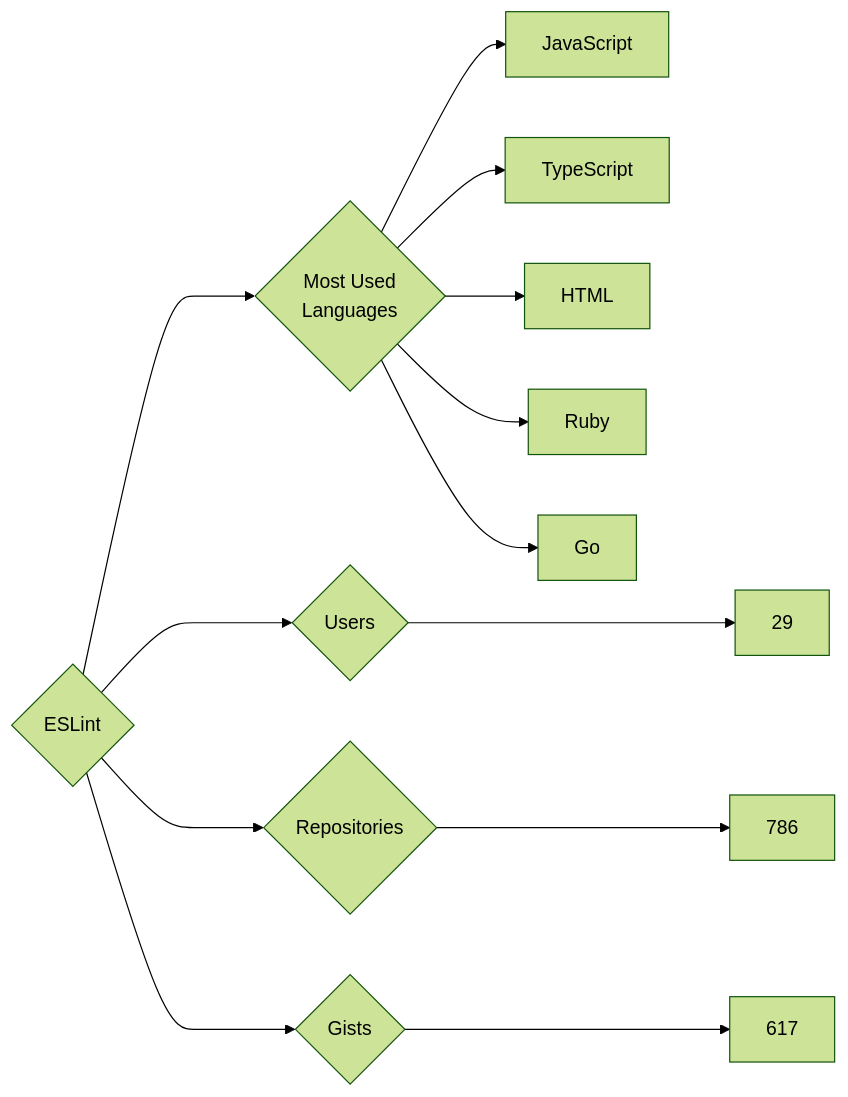
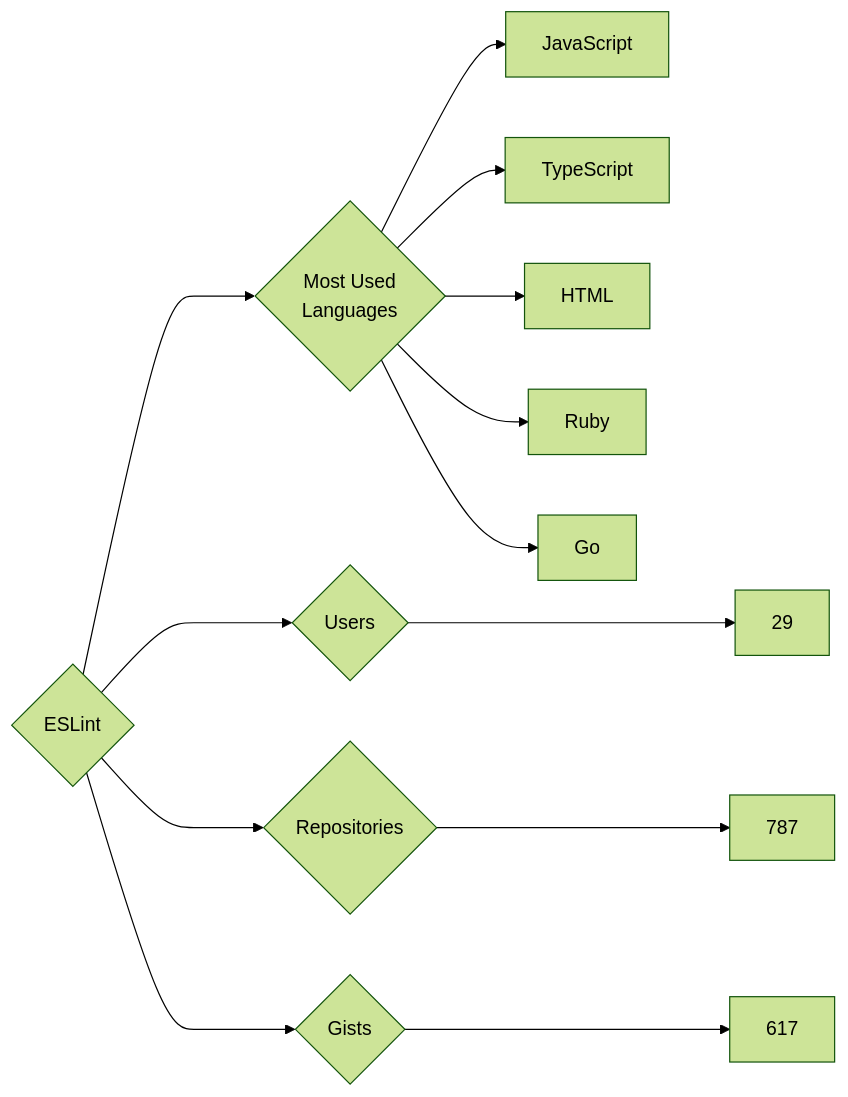
The diagram in targets/ESLint/README.md (trickest/insiders), drawn with Mermaid (forest theme) before and after one commit. The commit also changed 757 other files, not shown here.

````diff
--- a/targets/ESLint/README.md
+++ b/targets/ESLint/README.md
@@ -3,13 +3,13 @@
 ```mermaid
 graph LR
 COMPANY_NAME{ESLint}
 COMPANY_NAME ---> U{Users} ---> UN[29]
-COMPANY_NAME ---> R{Repositories} ---> RN[786]
+COMPANY_NAME ---> R{Repositories} ---> RN[787]
 COMPANY_NAME ---> G{Gists} ---> GN[617]
 COMPANY_NAME ---> ML{Most Used<br>Languages}
 ML --> JavaScript[JavaScript]
 ML --> TypeScript[TypeScript]
 ML --> HTML[HTML]
 ML --> Ruby[Ruby]
 ML --> Go[Go]
 ```
````
